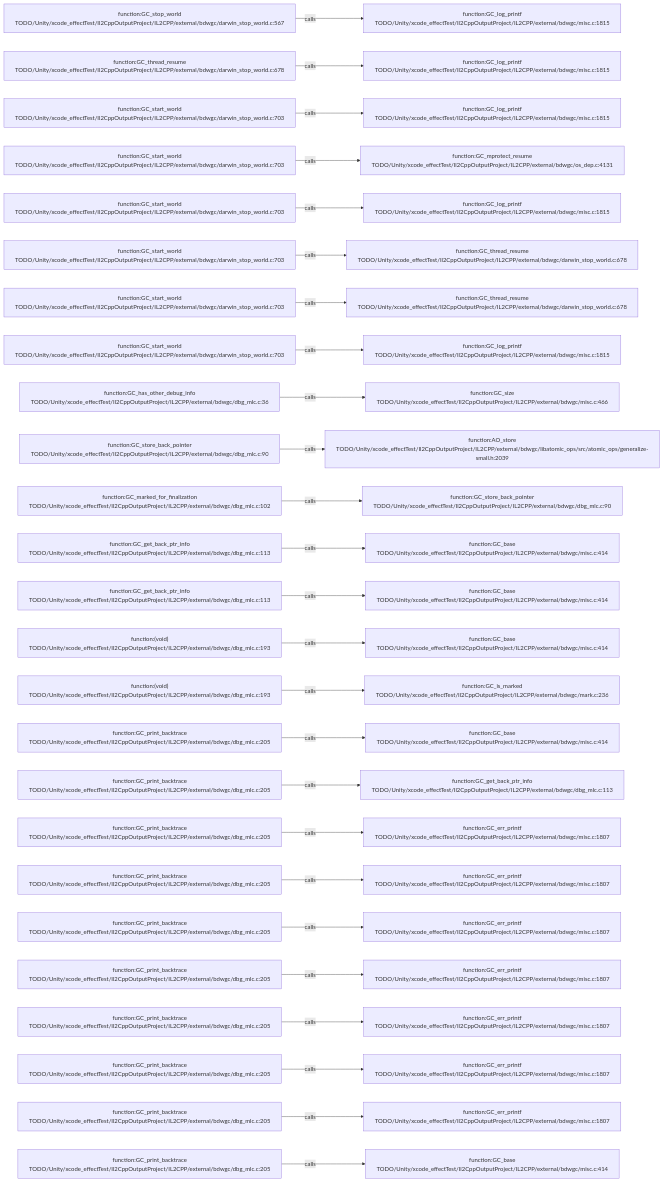
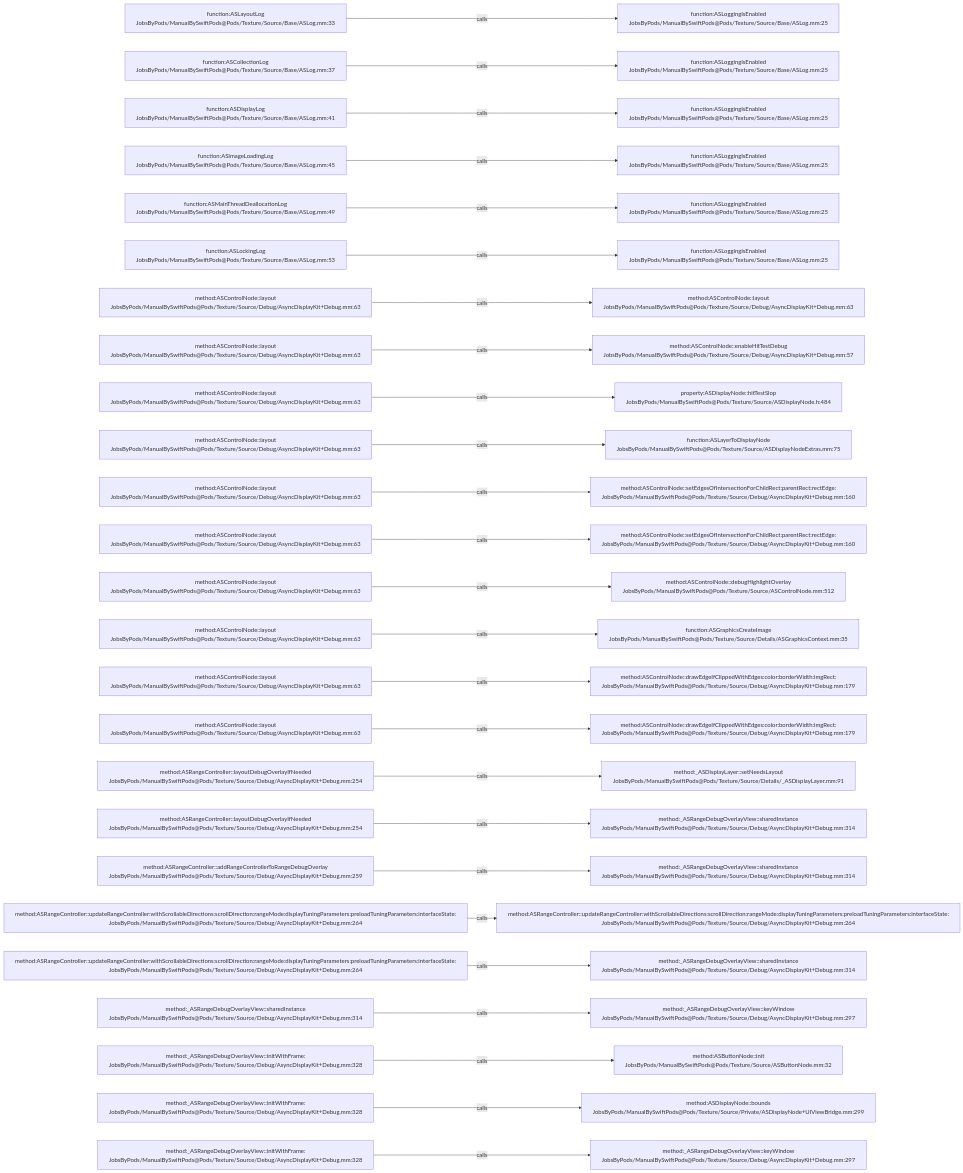
The diagram in .codegraph/codegraph.md/graphs/calls-098.md (JobsKits/JobsSwiftBaseConfigDemo), drawn with Mermaid before and after one commit. The commit also changed 2959 other files, not shown here.

````diff
--- a/.codegraph/codegraph.md/graphs/calls-098.md
+++ b/.codegraph/codegraph.md/graphs/calls-098.md
@@ -13,78 +13,78 @@
 ```mermaid
 flowchart LR
-  S1["function:GC_stop_world<br/>TODO/Unity/xcode_effectTest/Il2CppOutputProject/IL2CPP/external/bdwgc/darwin_stop_world.c:567"]
-  T1["function:GC_log_printf<br/>TODO/Unity/xcode_effectTest/Il2CppOutputProject/IL2CPP/external/bdwgc/misc.c:1815"]
+  S1["function:ASLayoutLog<br/>JobsByPods/ManualBySwiftPods@Pods/Texture/Source/Base/ASLog.mm:33"]
+  T1["function:ASLoggingIsEnabled<br/>JobsByPods/ManualBySwiftPods@Pods/Texture/Source/Base/ASLog.mm:25"]
   S1 -->|calls| T1
-  S2["function:GC_thread_resume<br/>TODO/Unity/xcode_effectTest/Il2CppOutputProject/IL2CPP/external/bdwgc/darwin_stop_world.c:678"]
-  T2["function:GC_log_printf<br/>TODO/Unity/xcode_effectTest/Il2CppOutputProject/IL2CPP/external/bdwgc/misc.c:1815"]
+  S2["function:ASCollectionLog<br/>JobsByPods/ManualBySwiftPods@Pods/Texture/Source/Base/ASLog.mm:37"]
+  T2["function:ASLoggingIsEnabled<br/>JobsByPods/ManualBySwiftPods@Pods/Texture/Source/Base/ASLog.mm:25"]
   S2 -->|calls| T2
-  S3["function:GC_start_world<br/>TODO/Unity/xcode_effectTest/Il2CppOutputProject/IL2CPP/external/bdwgc/darwin_stop_world.c:703"]
-  T3["function:GC_log_printf<br/>TODO/Unity/xcode_effectTest/Il2CppOutputProject/IL2CPP/external/bdwgc/misc.c:1815"]
+  S3["function:ASDisplayLog<br/>JobsByPods/ManualBySwiftPods@Pods/Texture/Source/Base/ASLog.mm:41"]
+  T3["function:ASLoggingIsEnabled<br/>JobsByPods/ManualBySwiftPods@Pods/Texture/Source/Base/ASLog.mm:25"]
   S3 -->|calls| T3
-  S4["function:GC_start_world<br/>TODO/Unity/xcode_effectTest/Il2CppOutputProject/IL2CPP/external/bdwgc/darwin_stop_world.c:703"]
-  T4["function:GC_mprotect_resume<br/>TODO/Unity/xcode_effectTest/Il2CppOutputProject/IL2CPP/external/bdwgc/os_dep.c:4131"]
+  S4["function:ASImageLoadingLog<br/>JobsByPods/ManualBySwiftPods@Pods/Texture/Source/Base/ASLog.mm:45"]
+  T4["function:ASLoggingIsEnabled<br/>JobsByPods/ManualBySwiftPods@Pods/Texture/Source/Base/ASLog.mm:25"]
   S4 -->|calls| T4
-  S5["function:GC_start_world<br/>TODO/Unity/xcode_effectTest/Il2CppOutputProject/IL2CPP/external/bdwgc/darwin_stop_world.c:703"]
-  T5["function:GC_log_printf<br/>TODO/Unity/xcode_effectTest/Il2CppOutputProject/IL2CPP/external/bdwgc/misc.c:1815"]
+  S5["function:ASMainThreadDeallocationLog<br/>JobsByPods/ManualBySwiftPods@Pods/Texture/Source/Base/ASLog.mm:49"]
+  T5["function:ASLoggingIsEnabled<br/>JobsByPods/ManualBySwiftPods@Pods/Texture/Source/Base/ASLog.mm:25"]
   S5 -->|calls| T5
-  S6["function:GC_start_world<br/>TODO/Unity/xcode_effectTest/Il2CppOutputProject/IL2CPP/external/bdwgc/darwin_stop_world.c:703"]
-  T6["function:GC_thread_resume<br/>TODO/Unity/xcode_effectTest/Il2CppOutputProject/IL2CPP/external/bdwgc/darwin_stop_world.c:678"]
+  S6["function:ASLockingLog<br/>JobsByPods/ManualBySwiftPods@Pods/Texture/Source/Base/ASLog.mm:53"]
+  T6["function:ASLoggingIsEnabled<br/>JobsByPods/ManualBySwiftPods@Pods/Texture/Source/Base/ASLog.mm:25"]
   S6 -->|calls| T6
-  S7["function:GC_start_world<br/>TODO/Unity/xcode_effectTest/Il2CppOutputProject/IL2CPP/external/bdwgc/darwin_stop_world.c:703"]
-  T7["function:GC_thread_resume<br/>TODO/Unity/xcode_effectTest/Il2CppOutputProject/IL2CPP/external/bdwgc/darwin_stop_world.c:678"]
+  S7["method:ASControlNode::layout<br/>JobsByPods/ManualBySwiftPods@Pods/Texture/Source/Debug/AsyncDisplayKit+Debug.mm:63"]
+  T7["method:ASControlNode::layout<br/>JobsByPods/ManualBySwiftPods@Pods/Texture/Source/Debug/AsyncDisplayKit+Debug.mm:63"]
   S7 -->|calls| T7
-  S8["function:GC_start_world<br/>TODO/Unity/xcode_effectTest/Il2CppOutputProject/IL2CPP/external/bdwgc/darwin_stop_world.c:703"]
-  T8["function:GC_log_printf<br/>TODO/Unity/xcode_effectTest/Il2CppOutputProject/IL2CPP/external/bdwgc/misc.c:1815"]
+  S8["method:ASControlNode::layout<br/>JobsByPods/ManualBySwiftPods@Pods/Texture/Source/Debug/AsyncDisplayKit+Debug.mm:63"]
+  T8["method:ASControlNode::enableHitTestDebug<br/>JobsByPods/ManualBySwiftPods@Pods/Texture/Source/Debug/AsyncDisplayKit+Debug.mm:57"]
   S8 -->|calls| T8
-  S9["function:GC_has_other_debug_info<br/>TODO/Unity/xcode_effectTest/Il2CppOutputProject/IL2CPP/external/bdwgc/dbg_mlc.c:36"]
-  T9["function:GC_size<br/>TODO/Unity/xcode_effectTest/Il2CppOutputProject/IL2CPP/external/bdwgc/misc.c:466"]
+  S9["method:ASControlNode::layout<br/>JobsByPods/ManualBySwiftPods@Pods/Texture/Source/Debug/AsyncDisplayKit+Debug.mm:63"]
+  T9["property:ASDisplayNode::hitTestSlop<br/>JobsByPods/ManualBySwiftPods@Pods/Texture/Source/ASDisplayNode.h:484"]
   S9 -->|calls| T9
-  S10["function:GC_store_back_pointer<br/>TODO/Unity/xcode_effectTest/Il2CppOutputProject/IL2CPP/external/bdwgc/dbg_mlc.c:90"]
-  T10["function:AO_store<br/>TODO/Unity/xcode_effectTest/Il2CppOutputProject/IL2CPP/external/bdwgc/libatomic_ops/src/atomic_ops/generalize-small.h:2039"]
+  S10["method:ASControlNode::layout<br/>JobsByPods/ManualBySwiftPods@Pods/Texture/Source/Debug/AsyncDisplayKit+Debug.mm:63"]
+  T10["function:ASLayerToDisplayNode<br/>JobsByPods/ManualBySwiftPods@Pods/Texture/Source/ASDisplayNodeExtras.mm:75"]
   S10 -->|calls| T10
-  S11["function:GC_marked_for_finalization<br/>TODO/Unity/xcode_effectTest/Il2CppOutputProject/IL2CPP/external/bdwgc/dbg_mlc.c:102"]
-  T11["function:GC_store_back_pointer<br/>TODO/Unity/xcode_effectTest/Il2CppOutputProject/IL2CPP/external/bdwgc/dbg_mlc.c:90"]
+  S11["method:ASControlNode::layout<br/>JobsByPods/ManualBySwiftPods@Pods/Texture/Source/Debug/AsyncDisplayKit+Debug.mm:63"]
+  T11["method:ASControlNode::setEdgesOfIntersectionForChildRect:parentRect:rectEdge:<br/>JobsByPods/ManualBySwiftPods@Pods/Texture/Source/Debug/AsyncDisplayKit+Debug.mm:160"]
   S11 -->|calls| T11
-  S12["function:GC_get_back_ptr_info<br/>TODO/Unity/xcode_effectTest/Il2CppOutputProject/IL2CPP/external/bdwgc/dbg_mlc.c:113"]
-  T12["function:GC_base<br/>TODO/Unity/xcode_effectTest/Il2CppOutputProject/IL2CPP/external/bdwgc/misc.c:414"]
+  S12["method:ASControlNode::layout<br/>JobsByPods/ManualBySwiftPods@Pods/Texture/Source/Debug/AsyncDisplayKit+Debug.mm:63"]
+  T12["method:ASControlNode::setEdgesOfIntersectionForChildRect:parentRect:rectEdge:<br/>JobsByPods/ManualBySwiftPods@Pods/Texture/Source/Debug/AsyncDisplayKit+Debug.mm:160"]
   S12 -->|calls| T12
-  S13["function:GC_get_back_ptr_info<br/>TODO/Unity/xcode_effectTest/Il2CppOutputProject/IL2CPP/external/bdwgc/dbg_mlc.c:113"]
-  T13["function:GC_base<br/>TODO/Unity/xcode_effectTest/Il2CppOutputProject/IL2CPP/external/bdwgc/misc.c:414"]
+  S13["method:ASControlNode::layout<br/>JobsByPods/ManualBySwiftPods@Pods/Texture/Source/Debug/AsyncDisplayKit+Debug.mm:63"]
+  T13["method:ASControlNode::debugHighlightOverlay<br/>JobsByPods/ManualBySwiftPods@Pods/Texture/Source/ASControlNode.mm:512"]
   S13 -->|calls| T13
-  S14["function:(void)<br/>TODO/Unity/xcode_effectTest/Il2CppOutputProject/IL2CPP/external/bdwgc/dbg_mlc.c:193"]
-  T14["function:GC_base<br/>TODO/Unity/xcode_effectTest/Il2CppOutputProject/IL2CPP/external/bdwgc/misc.c:414"]
+  S14["method:ASControlNode::layout<br/>JobsByPods/ManualBySwiftPods@Pods/Texture/Source/Debug/AsyncDisplayKit+Debug.mm:63"]
+  T14["function:ASGraphicsCreateImage<br/>JobsByPods/ManualBySwiftPods@Pods/Texture/Source/Details/ASGraphicsContext.mm:35"]
   S14 -->|calls| T14
-  S15["function:(void)<br/>TODO/Unity/xcode_effectTest/Il2CppOutputProject/IL2CPP/external/bdwgc/dbg_mlc.c:193"]
-  T15["function:GC_is_marked<br/>TODO/Unity/xcode_effectTest/Il2CppOutputProject/IL2CPP/external/bdwgc/mark.c:236"]
+  S15["method:ASControlNode::layout<br/>JobsByPods/ManualBySwiftPods@Pods/Texture/Source/Debug/AsyncDisplayKit+Debug.mm:63"]
+  T15["method:ASControlNode::drawEdgeIfClippedWithEdges:color:borderWidth:imgRect:<br/>JobsByPods/ManualBySwiftPods@Pods/Texture/Source/Debug/AsyncDisplayKit+Debug.mm:179"]
   S15 -->|calls| T15
-  S16["function:GC_print_backtrace<br/>TODO/Unity/xcode_effectTest/Il2CppOutputProject/IL2CPP/external/bdwgc/dbg_mlc.c:205"]
-  T16["function:GC_base<br/>TODO/Unity/xcode_effectTest/Il2CppOutputProject/IL2CPP/external/bdwgc/misc.c:414"]
+  S16["method:ASControlNode::layout<br/>JobsByPods/ManualBySwiftPods@Pods/Texture/Source/Debug/AsyncDisplayKit+Debug.mm:63"]
+  T16["method:ASControlNode::drawEdgeIfClippedWithEdges:color:borderWidth:imgRect:<br/>JobsByPods/ManualBySwiftPods@Pods/Texture/Source/Debug/AsyncDisplayKit+Debug.mm:179"]
   S16 -->|calls| T16
-  S17["function:GC_print_backtrace<br/>TODO/Unity/xcode_effectTest/Il2CppOutputProject/IL2CPP/external/bdwgc/dbg_mlc.c:205"]
-  T17["function:GC_get_back_ptr_info<br/>TODO/Unity/xcode_effectTest/Il2CppOutputProject/IL2CPP/external/bdwgc/dbg_mlc.c:113"]
+  S17["method:ASRangeController::layoutDebugOverlayIfNeeded<br/>JobsByPods/ManualBySwiftPods@Pods/Texture/Source/Debug/AsyncDisplayKit+Debug.mm:254"]
+  T17["method:_ASDisplayLayer::setNeedsLayout<br/>JobsByPods/ManualBySwiftPods@Pods/Texture/Source/Details/_ASDisplayLayer.mm:91"]
   S17 -->|calls| T17
-  S18["function:GC_print_backtrace<br/>TODO/Unity/xcode_effectTest/Il2CppOutputProject/IL2CPP/external/bdwgc/dbg_mlc.c:205"]
-  T18["function:GC_err_printf<br/>TODO/Unity/xcode_effectTest/Il2CppOutputProject/IL2CPP/external/bdwgc/misc.c:1807"]
+  S18["method:ASRangeController::layoutDebugOverlayIfNeeded<br/>JobsByPods/ManualBySwiftPods@Pods/Texture/Source/Debug/AsyncDisplayKit+Debug.mm:254"]
+  T18["method:_ASRangeDebugOverlayView::sharedInstance<br/>JobsByPods/ManualBySwiftPods@Pods/Texture/Source/Debug/AsyncDisplayKit+Debug.mm:314"]
   S18 -->|calls| T18
-  S19["function:GC_print_backtrace<br/>TODO/Unity/xcode_effectTest/Il2CppOutputProject/IL2CPP/external/bdwgc/dbg_mlc.c:205"]
-  T19["function:GC_err_printf<br/>TODO/Unity/xcode_effectTest/Il2CppOutputProject/IL2CPP/external/bdwgc/misc.c:1807"]
+  S19["method:ASRangeController::addRangeControllerToRangeDebugOverlay<br/>JobsByPods/ManualBySwiftPods@Pods/Texture/Source/Debug/AsyncDisplayKit+Debug.mm:259"]
+  T19["method:_ASRangeDebugOverlayView::sharedInstance<br/>JobsByPods/ManualBySwiftPods@Pods/Texture/Source/Debug/AsyncDisplayKit+Debug.mm:314"]
   S19 -->|calls| T19
-  S20["function:GC_print_backtrace<br/>TODO/Unity/xcode_effectTest/Il2CppOutputProject/IL2CPP/external/bdwgc/dbg_mlc.c:205"]
-  T20["function:GC_err_printf<br/>TODO/Unity/xcode_effectTest/Il2CppOutputProject/IL2CPP/external/bdwgc/misc.c:1807"]
+  S20["method:ASRangeController::updateRangeController:withScrollableDirections:scrollDirection:rangeMode:displayTuningParameters:preloadTuningParameters:interfaceState:<br/>JobsByPods/ManualBySwiftPods@Pods/Texture/Source/Debug/AsyncDisplayKit+Debug.mm:264"]
+  T20["method:ASRangeController::updateRangeController:withScrollableDirections:scrollDirection:rangeMode:displayTuningParameters:preloadTuningParameters:interfaceState:<br/>JobsByPods/ManualBySwiftPods@Pods/Texture/Source/Debug/AsyncDisplayKit+Debug.mm:264"]
   S20 -->|calls| T20
-  S21["function:GC_print_backtrace<br/>TODO/Unity/xcode_effectTest/Il2CppOutputProject/IL2CPP/external/bdwgc/dbg_mlc.c:205"]
-  T21["function:GC_err_printf<br/>TODO/Unity/xcode_effectTest/Il2CppOutputProject/IL2CPP/external/bdwgc/misc.c:1807"]
+  S21["method:ASRangeController::updateRangeController:withScrollableDirections:scrollDirection:rangeMode:displayTuningParameters:preloadTuningParameters:interfaceState:<br/>JobsByPods/ManualBySwiftPods@Pods/Texture/Source/Debug/AsyncDisplayKit+Debug.mm:264"]
+  T21["method:_ASRangeDebugOverlayView::sharedInstance<br/>JobsByPods/ManualBySwiftPods@Pods/Texture/Source/Debug/AsyncDisplayKit+Debug.mm:314"]
   S21 -->|calls| T21
-  S22["function:GC_print_backtrace<br/>TODO/Unity/xcode_effectTest/Il2CppOutputProject/IL2CPP/external/bdwgc/dbg_mlc.c:205"]
-  T22["function:GC_err_printf<br/>TODO/Unity/xcode_effectTest/Il2CppOutputProject/IL2CPP/external/bdwgc/misc.c:1807"]
+  S22["method:_ASRangeDebugOverlayView::sharedInstance<br/>JobsByPods/ManualBySwiftPods@Pods/Texture/Source/Debug/AsyncDisplayKit+Debug.mm:314"]
+  T22["method:_ASRangeDebugOverlayView::keyWindow<br/>JobsByPods/ManualBySwiftPods@Pods/Texture/Source/Debug/AsyncDisplayKit+Debug.mm:297"]
   S22 -->|calls| T22
-  S23["function:GC_print_backtrace<br/>TODO/Unity/xcode_effectTest/Il2CppOutputProject/IL2CPP/external/bdwgc/dbg_mlc.c:205"]
-  T23["function:GC_err_printf<br/>TODO/Unity/xcode_effectTest/Il2CppOutputProject/IL2CPP/external/bdwgc/misc.c:1807"]
+  S23["method:_ASRangeDebugOverlayView::initWithFrame:<br/>JobsByPods/ManualBySwiftPods@Pods/Texture/Source/Debug/AsyncDisplayKit+Debug.mm:328"]
+  T23["method:ASButtonNode::init<br/>JobsByPods/ManualBySwiftPods@Pods/Texture/Source/ASButtonNode.mm:32"]
   S23 -->|calls| T23
-  S24["function:GC_print_backtrace<br/>TODO/Unity/xcode_effectTest/Il2CppOutputProject/IL2CPP/external/bdwgc/dbg_mlc.c:205"]
-  T24["function:GC_err_printf<br/>TODO/Unity/xcode_effectTest/Il2CppOutputProject/IL2CPP/external/bdwgc/misc.c:1807"]
+  S24["method:_ASRangeDebugOverlayView::initWithFrame:<br/>JobsByPods/ManualBySwiftPods@Pods/Texture/Source/Debug/AsyncDisplayKit+Debug.mm:328"]
+  T24["method:ASDisplayNode::bounds<br/>JobsByPods/ManualBySwiftPods@Pods/Texture/Source/Private/ASDisplayNode+UIViewBridge.mm:299"]
   S24 -->|calls| T24
-  S25["function:GC_print_backtrace<br/>TODO/Unity/xcode_effectTest/Il2CppOutputProject/IL2CPP/external/bdwgc/dbg_mlc.c:205"]
-  T25["function:GC_base<br/>TODO/Unity/xcode_effectTest/Il2CppOutputProject/IL2CPP/external/bdwgc/misc.c:414"]
+  S25["method:_ASRangeDebugOverlayView::initWithFrame:<br/>JobsByPods/ManualBySwiftPods@Pods/Texture/Source/Debug/AsyncDisplayKit+Debug.mm:328"]
+  T25["method:_ASRangeDebugOverlayView::keyWindow<br/>JobsByPods/ManualBySwiftPods@Pods/Texture/Source/Debug/AsyncDisplayKit+Debug.mm:297"]
   S25 -->|calls| T25
 ```
````
